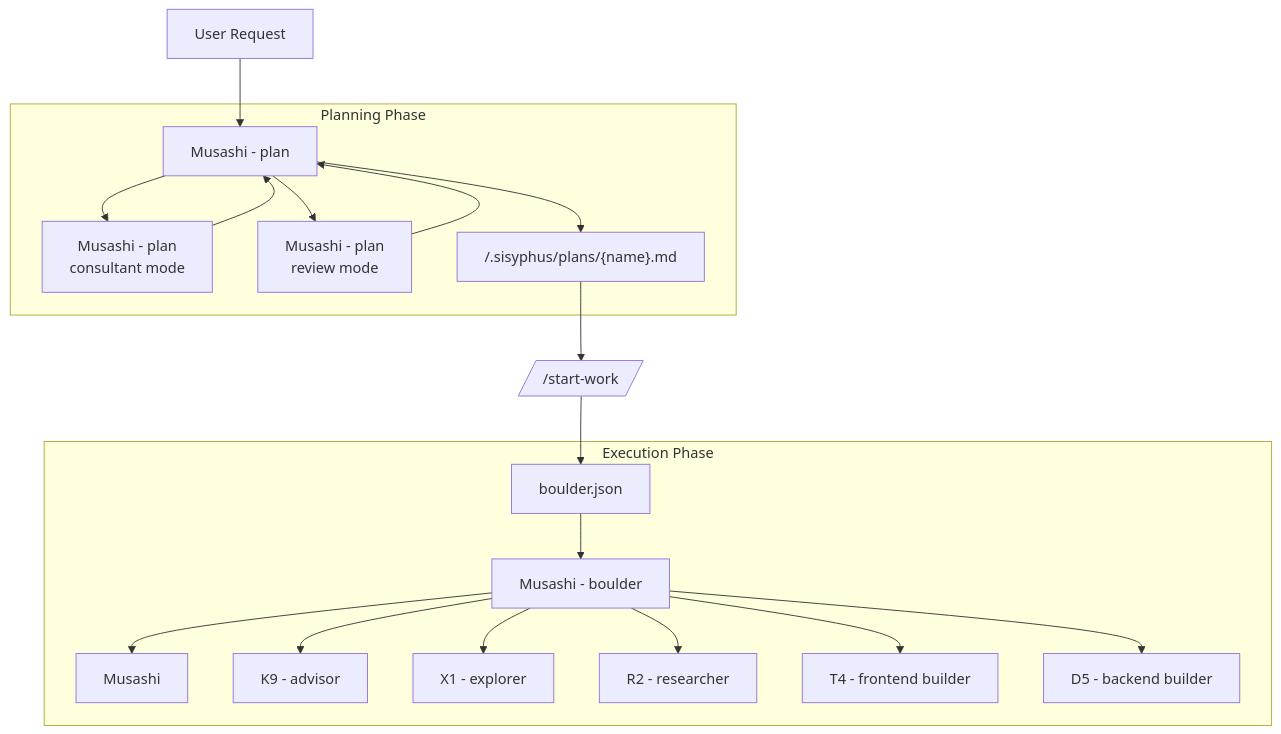
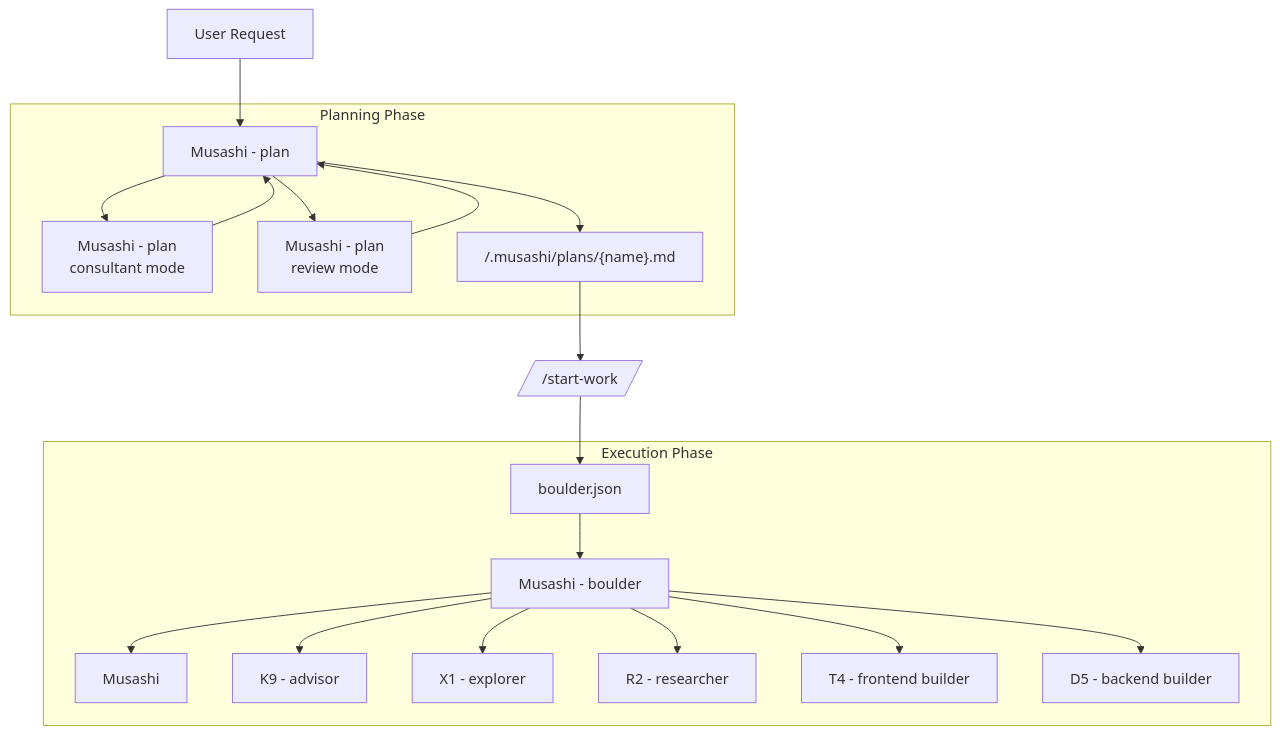
One commit to codewithkenzo/oh-my-opencode changed the diagram in docs/orchestration-guide.md. Above: the diagram before and after it, drawn with Mermaid. The commit also changed other lines of this file and 9 other files, not shown here.

````diff
--- a/docs/orchestration-guide.md
+++ b/docs/orchestration-guide.md
@@ -39,25 +39,25 @@
 ```mermaid
 flowchart TD
     User[User Request] --> PlanMode
 
     subgraph Planning Phase
         PlanMode[Musashi - plan] --> Consultant[Musashi - plan<br>consultant mode]
         Consultant --> PlanMode
         PlanMode --> Review[Musashi - plan<br>review mode]
         Review --> PlanMode
-        PlanMode --> PlanFile["/.sisyphus/plans/{name}.md"]
+        PlanMode --> PlanFile["/.musashi/plans/{name}.md"]
     end
 
     PlanFile --> StartWork[//start-work/]
     StartWork --> BoulderState[boulder.json]
 
     subgraph Execution Phase
         BoulderState --> Boulder[Musashi - boulder]
         Boulder --> Musashi[Musashi]
         Boulder --> K9[K9 - advisor]
         Boulder --> X1[X1 - explorer]
         Boulder --> R2[R2 - researcher]
         Boulder --> T4[T4 - frontend builder]
         Boulder --> D5[D5 - backend builder]
     end
 ```
````
